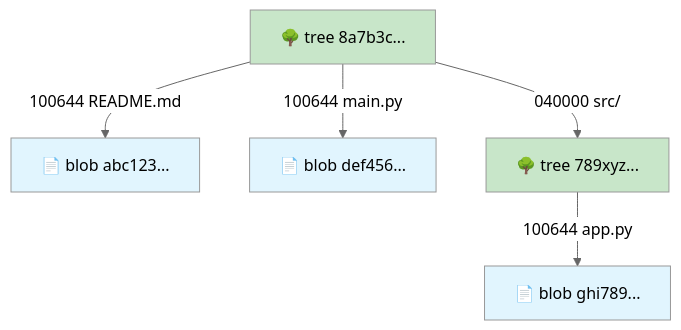
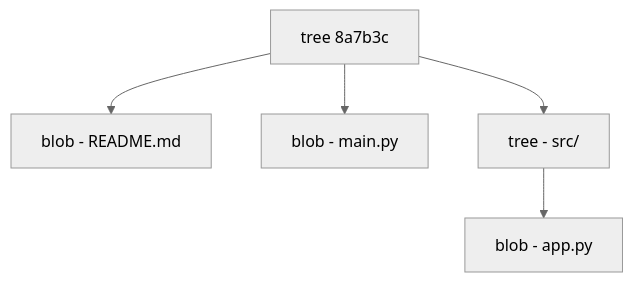
The third of 8 diagrams in content/posts/git-internals-01-object-storage.md (hiddenpunch/hiddenpunch.github.io), drawn with Mermaid (neutral theme) before and after one commit. The commit also changed other lines of this file, not shown here.

Commit message:
Fix Mermaid syntax for v11 compatibility

```diff
--- a/content/posts/git-internals-01-object-storage.md
+++ b/content/posts/git-internals-01-object-storage.md
@@ -112,16 +72,7 @@
 <div class="mermaid">
-graph TB
-    TREE["🌳 tree 8a7b3c..."]
-    
-    TREE -->|"100644 README.md"| B1["📄 blob abc123..."]
-    TREE -->|"100644 main.py"| B2["📄 blob def456..."]
-    TREE -->|"040000 src/"| T2["🌳 tree 789xyz..."]
-    
-    T2 -->|"100644 app.py"| B3["📄 blob ghi789..."]
-    
-    style TREE fill:#c8e6c9
-    style T2 fill:#c8e6c9
-    style B1 fill:#e1f5fe
-    style B2 fill:#e1f5fe
-    style B3 fill:#e1f5fe
+flowchart TB
+    T1[tree 8a7b3c] --> B1[blob - README.md]
+    T1 --> B2[blob - main.py]
+    T1 --> T2[tree - src/]
+    T2 --> B3[blob - app.py]
 </div>
```
